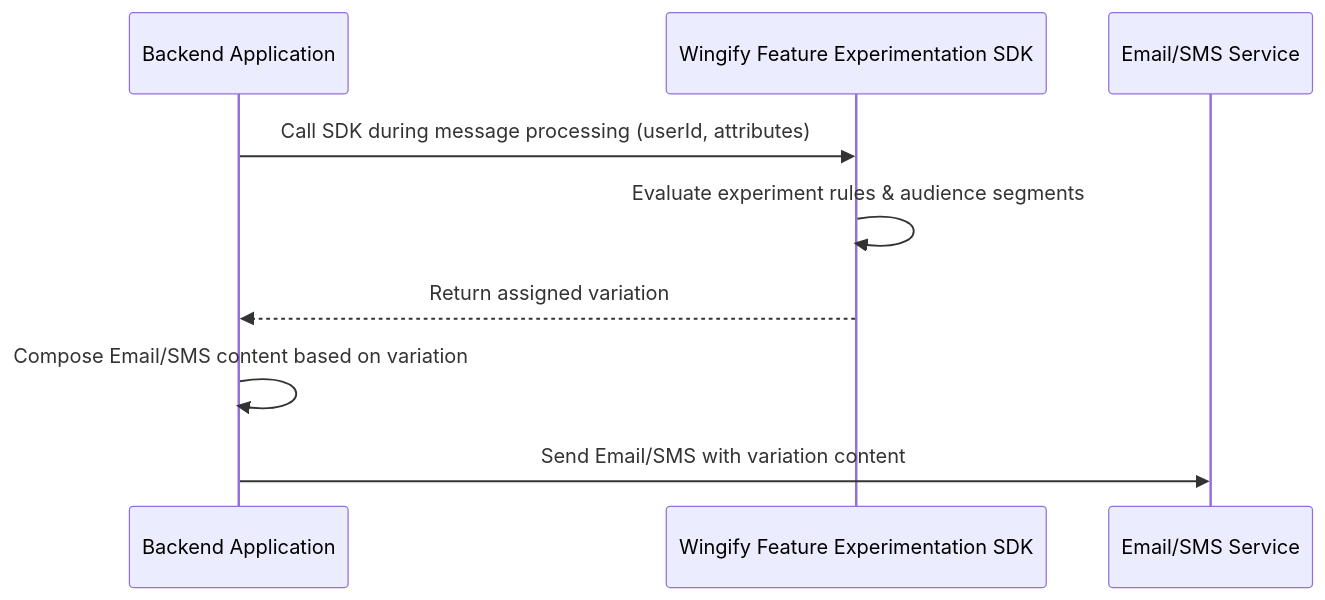
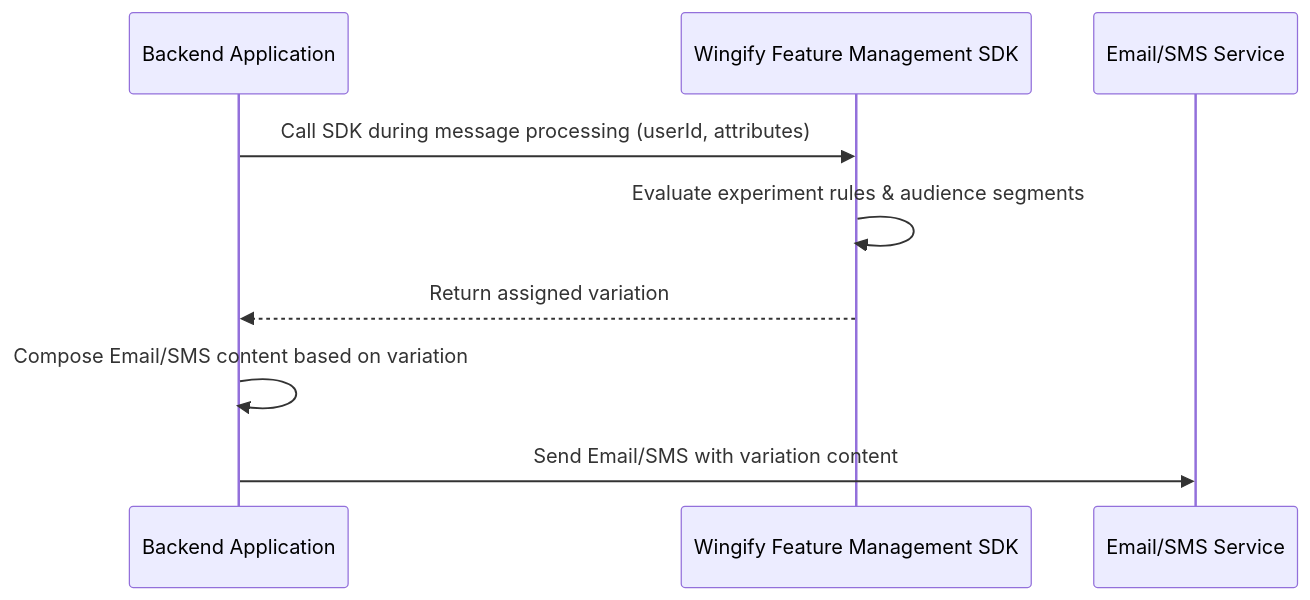
The diagram in docs/Concepts/fme-testing-email-sms-via-server-side.md (wingify/readme-central), drawn with Mermaid before and after one commit. The commit also changed other lines of this file and 192 other files, not shown here.

Commit message:
Update FE to FM, Feature Experimentation to Feature Management, and Web Testing to Web Experimentation

````diff
--- a/docs/Concepts/fme-testing-email-sms-via-server-side.md
+++ b/docs/Concepts/fme-testing-email-sms-via-server-side.md
@@ -71,17 +71,17 @@
 ```mermaid
 ---
 config:
   theme: default
 ---
 sequenceDiagram
     participant App as Backend Application
-    participant Wingify as Wingify Feature Experimentation SDK
+    participant Wingify as Wingify Feature Management SDK
     participant Msg as Email/SMS Service
 
     App->>Wingify: Call SDK during message processing (userId, attributes)
     Wingify->>Wingify: Evaluate experiment rules & audience segments
     Wingify-->>App: Return assigned variation
 
     App->>App: Compose Email/SMS content based on variation
     App->>Msg: Send Email/SMS with variation content
 ```
````
